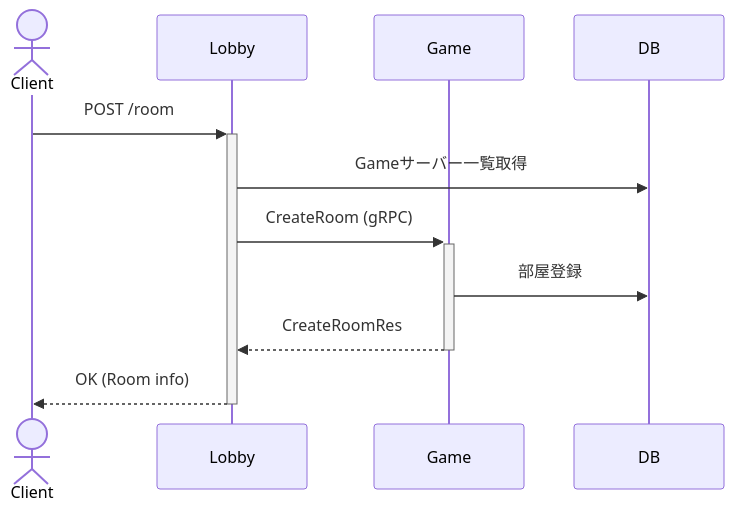
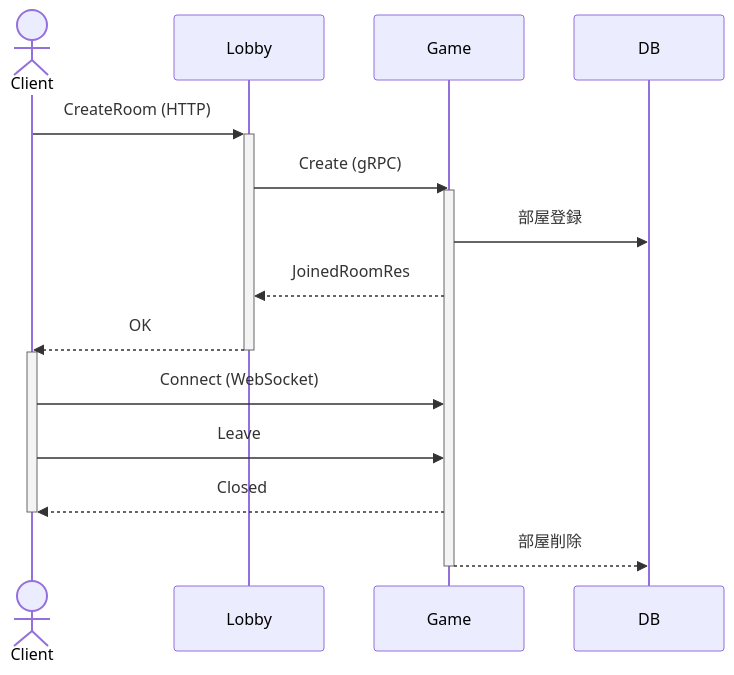
The first of 2 diagrams in server/README.md (KLab/wsnet2), drawn with Mermaid before and after one commit. The commit also changed other lines of this file, not shown here.

Commit message:
sequence diagram

`````diff
--- a/server/README.md
+++ b/server/README.md
@@ -29,14 +31,22 @@
 ```mermaid
 sequenceDiagram
     actor Client
     participant Lobby
     participant Game
     participant DB
 
-    Client->>+Lobby: POST /room
-    Lobby->>DB: Gameサーバー一覧取得
-    Lobby->>+Game: CreateRoom (gRPC)
+    Client->>+Lobby: CreateRoom (HTTP)
+    Lobby->>Game: Create (gRPC)
+    activate Game
     Game->>DB: 部屋登録
-    Game-->>-Lobby: CreateRoomRes
-    Lobby-->>-Client: OK (Room info)
+    Game-->>Lobby: JoinedRoomRes
+    Lobby-->>-Client: OK
+    activate Client
+
+    Client->>Game: Connect (WebSocket)
+    Client->>Game: Leave
+    Game-->>Client: Closed
+    deactivate Client
+    Game-->>DB: 部屋削除
+    deactivate Game
 ````
`````
